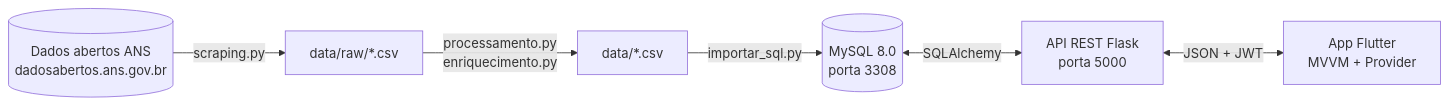
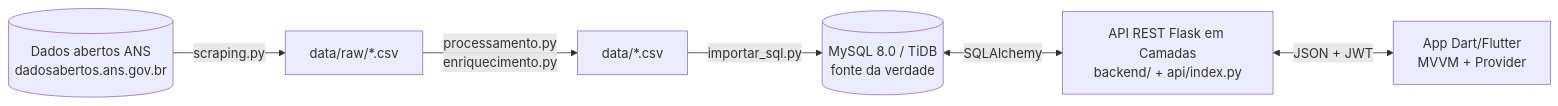
One commit to luizaleblanc/intuitive_care changed the second of 3 diagrams in README.md. Above: the diagram before and after it, drawn with Mermaid. The commit also changed other lines of this file, not shown here.

Commit message:
docs: detalha migracao arquitetural Vue.js (monolitica modular) para Dart (MVVM) no README

````diff
--- a/README.md
+++ b/README.md
@@ -31,8 +127,8 @@
 ```mermaid
 flowchart LR
-    ANS[(Dados abertos ANS<br/>dadosabertos.ans.gov.br)] -->|scraping.py| RAW[data/raw/*.csv]
-    RAW -->|processamento.py<br/>enriquecimento.py| CSV[data/*.csv]
-    CSV -->|importar_sql.py| DB[(MySQL 8.0<br/>porta 3308)]
-    DB <-->|SQLAlchemy| API[API REST Flask<br/>porta 5000]
-    API <-->|JSON + JWT| APP[App Flutter<br/>MVVM + Provider]
+    ANS[("Dados abertos ANS<br/>dadosabertos.ans.gov.br")] -->|"scraping.py"| RAW["data/raw/*.csv"]
+    RAW -->|"processamento.py<br/>enriquecimento.py"| CSV["data/*.csv"]
+    CSV -->|"importar_sql.py"| DB[("MySQL 8.0 / TiDB<br/>fonte da verdade")]
+    DB <-->|"SQLAlchemy"| API["API REST Flask em Camadas<br/>backend/ + api/index.py"]
+    API <-->|"JSON + JWT"| APP["App Dart/Flutter<br/>MVVM + Provider"]
 ```
````
